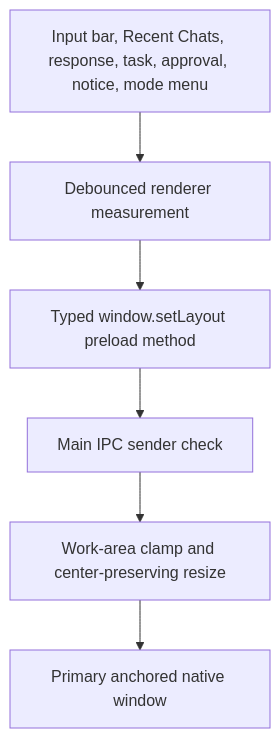
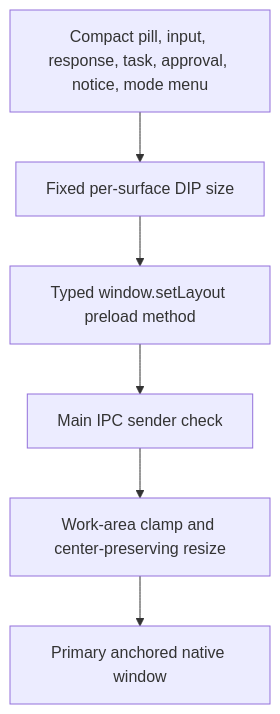
Before and after one commit to cypskip-create/Pixel: the diagram in docs/architecture/PIXEL_UI_ARCHITECTURE.md, drawn with Mermaid. The commit also changed other lines of this file and 44 other files, not shown here.

````diff
--- a/docs/architecture/PIXEL_UI_ARCHITECTURE.md
+++ b/docs/architecture/PIXEL_UI_ARCHITECTURE.md
@@ -17,8 +17,8 @@
 ```mermaid
 flowchart TD
-  R[Input bar, Recent Chats, response, task, approval, notice, mode menu] --> M[Debounced renderer measurement]
+  R[Compact pill, input, response, task, approval, notice, mode menu] --> M[Fixed per-surface DIP size]
   M --> P[Typed window.setLayout preload method]
   P --> I[Main IPC sender check]
   I --> C[Work-area clamp and center-preserving resize]
   C --> W[Primary anchored native window]
 ```
````
